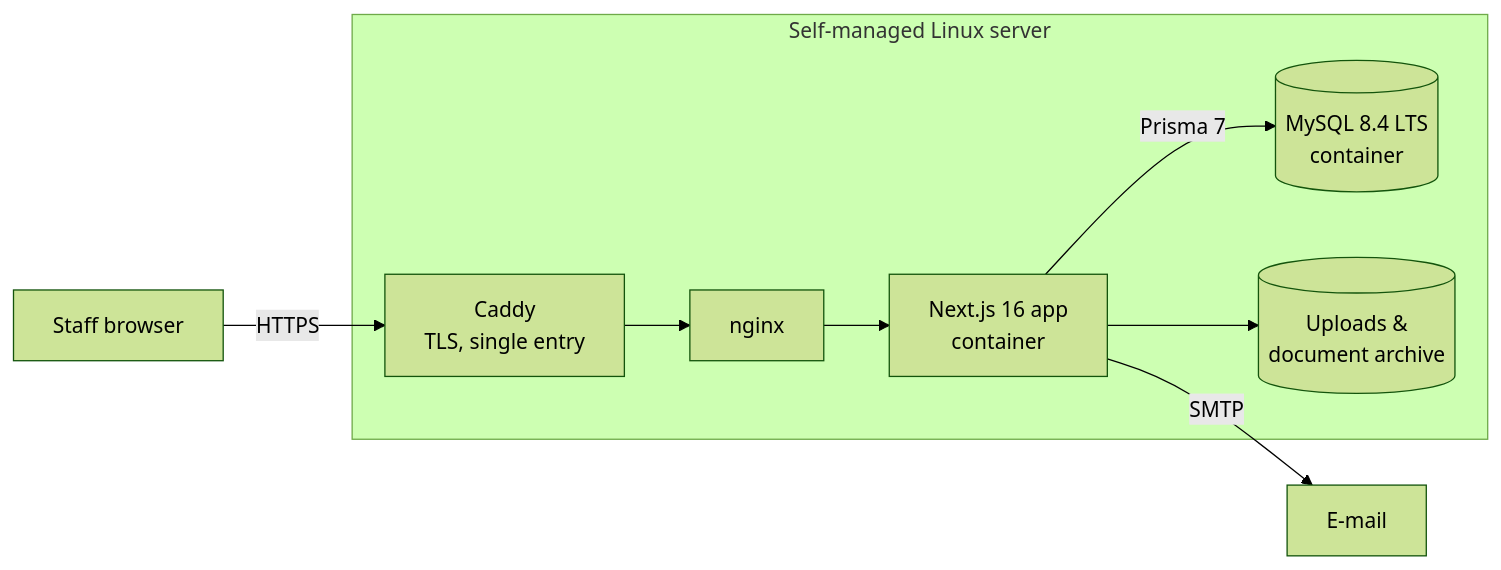
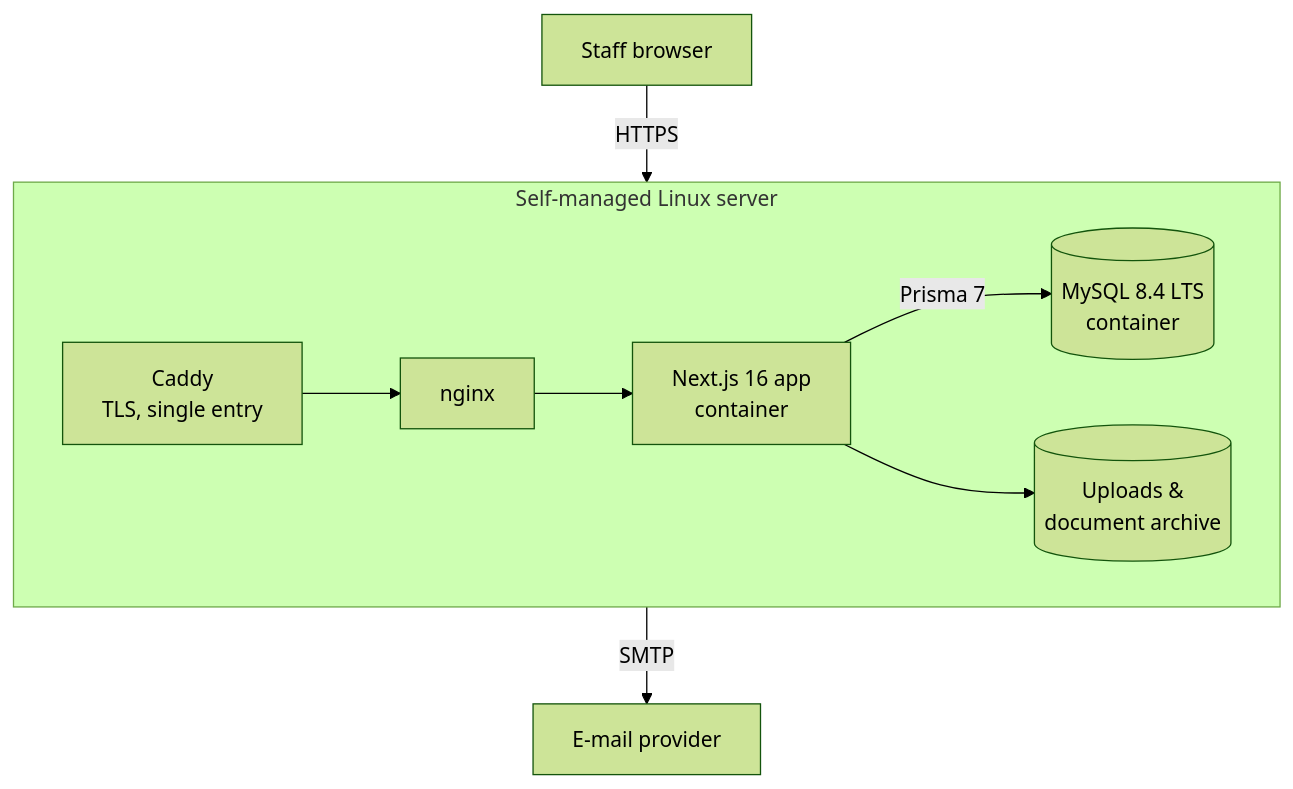
The first of 3 diagrams in README.md (aeg58/eventra-case-study), drawn with Mermaid (forest theme) before and after one commit. The commit also changed 1 other file, not shown here.

Commit message:
docs: architecture diagram top-down so the e-mail node is not hidden by viewer controls

````diff
--- a/README.md
+++ b/README.md
@@ -118,16 +118,11 @@
 ```mermaid
-flowchart LR
-    U[Staff browser] -->|HTTPS| C[Caddy<br/>TLS, single entry]
-    C --> N[nginx]
-    N --> A[Next.js 16 app<br/>container]
-    A -->|Prisma 7| DB[(MySQL 8.4 LTS<br/>container)]
-    A --> F[(Uploads &<br/>document archive)]
-    A -->|SMTP| M[E-mail]
+flowchart TB
+    U[Staff browser] -->|HTTPS| C
     subgraph Server[Self-managed Linux server]
-      C
-      N
-      A
-      DB
-      F
+      direction LR
+      C[Caddy<br/>TLS, single entry] --> N[nginx] --> A[Next.js 16 app<br/>container]
+      A -->|Prisma 7| DB[(MySQL 8.4 LTS<br/>container)]
+      A --> F[(Uploads &<br/>document archive)]
     end
+    A -->|SMTP| M[E-mail provider]
 ```
````
